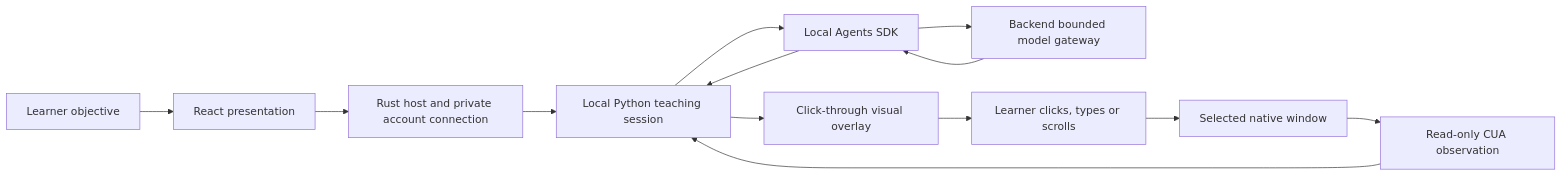
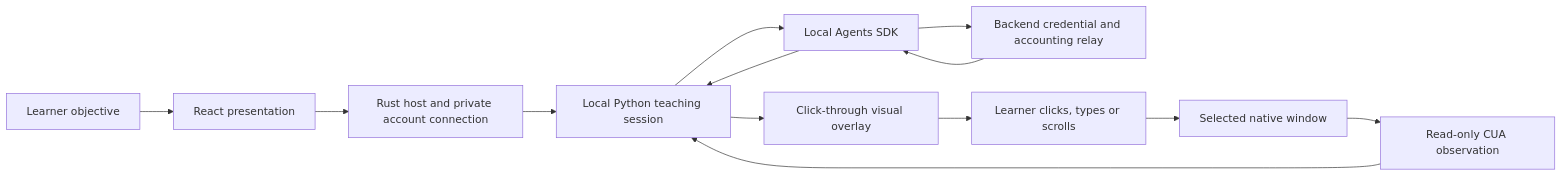
Before and after one commit to ducnguyen67201/TroCode-rebuild: the diagram in docs/architecture/reliable-lesson.md, drawn with Mermaid. The commit also changed other lines of this file and 53 other files, not shown here.

Commit message:
feat(guidance): complete observation-only cursor flow

````diff
--- a/docs/architecture/reliable-lesson.md
+++ b/docs/architecture/reliable-lesson.md
@@ -7,15 +7,15 @@
 ```mermaid
 flowchart LR
   User[Learner objective] --> UI[React presentation]
   UI --> Host[Rust host and private account connection]
   Host --> Session[Local Python teaching session]
   Screen[Selected native window] --> CUA[Read-only CUA observation]
   CUA --> Session
   Session --> SDK[Local Agents SDK]
-  SDK --> Gateway[Backend bounded model gateway]
+  SDK --> Gateway[Backend credential and accounting relay]
   Gateway --> SDK
   SDK --> Session
   Session --> Overlay[Click-through visual overlay]
   Overlay --> Learner[Learner clicks, types or scrolls]
   Learner --> Screen
 ```
````
